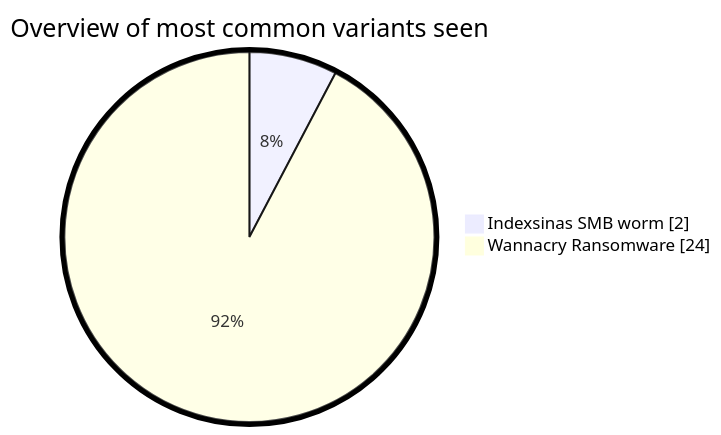
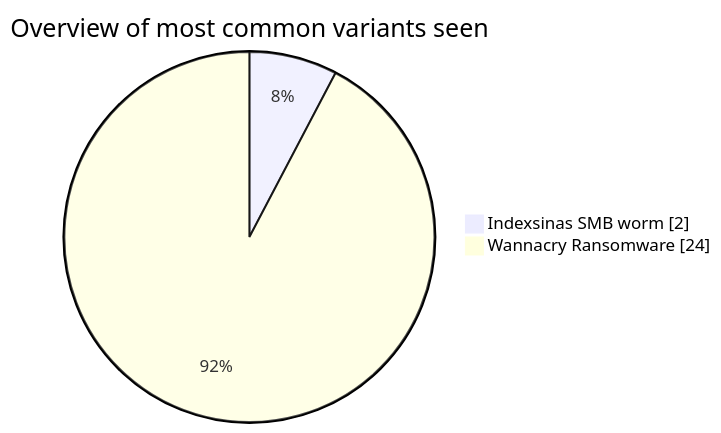
Before and after one commit to tonyx774/HoneyPot-Analysis: the first of 2 diagrams in README.md, drawn with Mermaid. The commit also changed other lines of this file, not shown here.

````diff
--- a/README.md
+++ b/README.md
@@ -4,8 +6,8 @@
 ```mermaid
- %%{init: {"pie": {"textPosition": 0.5}, "themeVariables": {"pieOuterStrokeWidth": "5px"}} }%%
+
 pie showData
     title Overview of most common variants seen
     "Indexsinas SMB worm" : 2
     "Wannacry Ransomware" : 24
 
 ```
````
